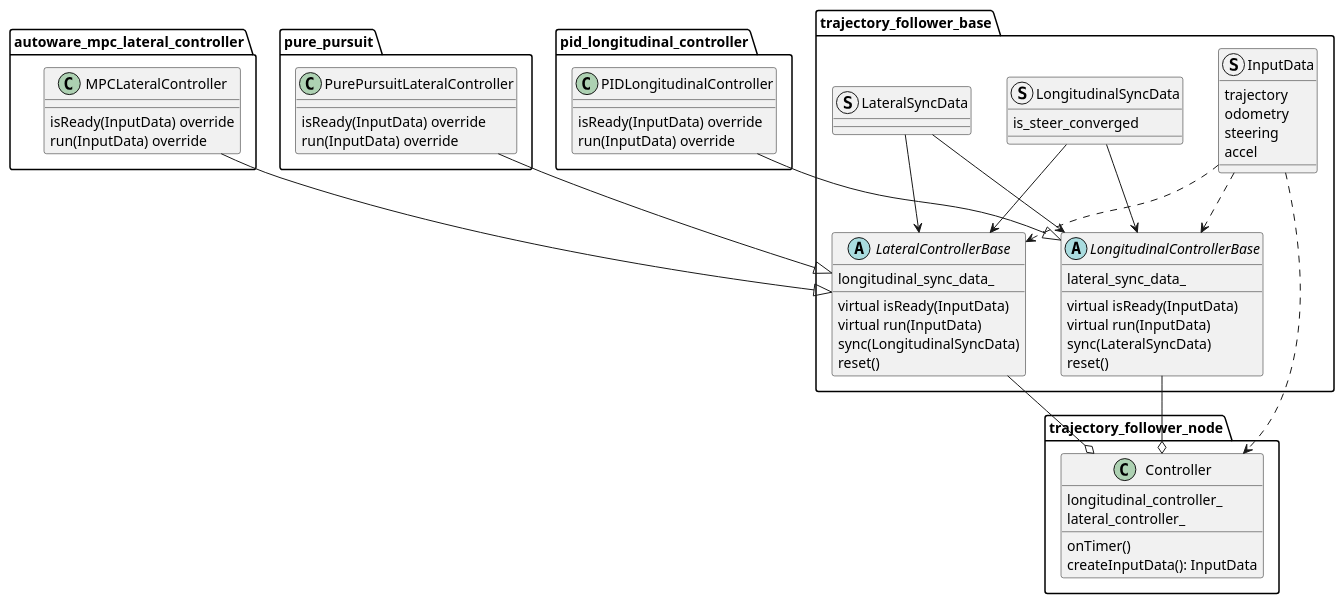
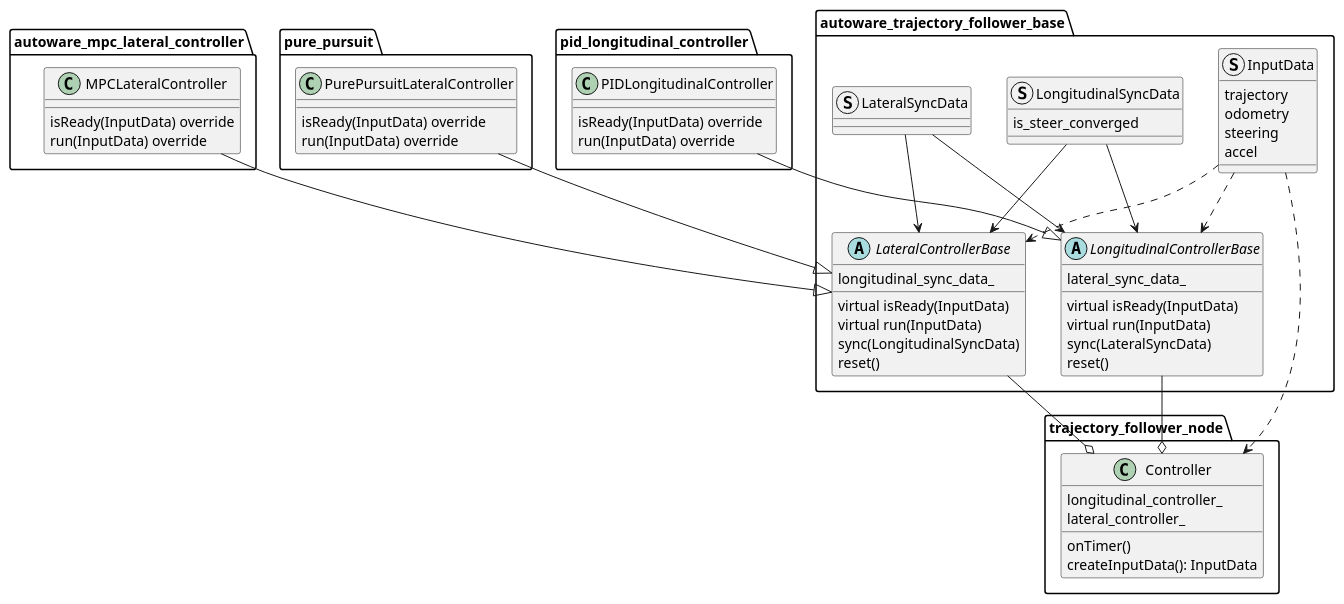
Before and after one commit to autowarefoundation/autoware: the diagram in control/trajectory_follower_node/README.md, drawn with PlantUML. The commit also changed other lines of this file and 19 other files, not shown here.

First line of the commit message:
refactor(trajectory_follower_base): trajectory follower base add autoware prefix (#7343)

````diff
--- a/control/trajectory_follower_node/README.md
+++ b/control/trajectory_follower_node/README.md
@@ -13,79 +13,79 @@
 ```plantuml
 @startuml
-package trajectory_follower_base {
+package autoware_trajectory_follower_base {
 abstract class LateralControllerBase {
 longitudinal_sync_data_
 
     virtual isReady(InputData)
     virtual run(InputData)
     sync(LongitudinalSyncData)
     reset()
 
 }
 abstract class LongitudinalControllerBase {
 lateral_sync_data_
 
     virtual isReady(InputData)
     virtual run(InputData)
     sync(LateralSyncData)
     reset()
 
 }
 
 struct InputData {
 trajectory
 odometry
 steering
 accel
 }
 struct LongitudinalSyncData {
 is_steer_converged
 }
 struct LateralSyncData {
 }
 }
 
 package autoware_mpc_lateral_controller {
 class MPCLateralController {
 isReady(InputData) override
 run(InputData) override
 }
 }
 package pure_pursuit {
 class PurePursuitLateralController {
 isReady(InputData) override
 run(InputData) override
 }
 }
 package pid_longitudinal_controller {
 class PIDLongitudinalController {
 isReady(InputData) override
 run(InputData) override
 }
 }
 
 package trajectory_follower_node {
 class Controller {
 longitudinal_controller_
 lateral_controller_
 onTimer()
 createInputData(): InputData
 }
 }
 
 MPCLateralController --|> LateralControllerBase
 PurePursuitLateralController --|> LateralControllerBase
 PIDLongitudinalController --|> LongitudinalControllerBase
 
 LateralSyncData --> LongitudinalControllerBase
 LateralSyncData --> LateralControllerBase
 LongitudinalSyncData --> LongitudinalControllerBase
 LongitudinalSyncData --> LateralControllerBase
 InputData ..> LateralControllerBase
 InputData ..> LongitudinalControllerBase
 
 LateralControllerBase --o Controller
 LongitudinalControllerBase --o Controller
 InputData ..> Controller
 @enduml
 ```
````
